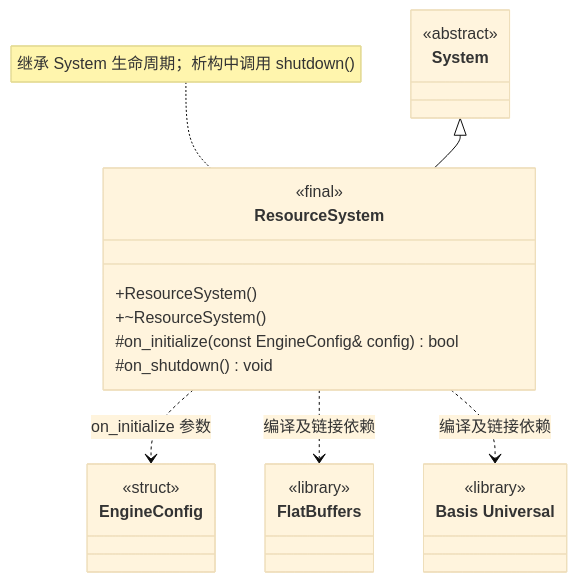
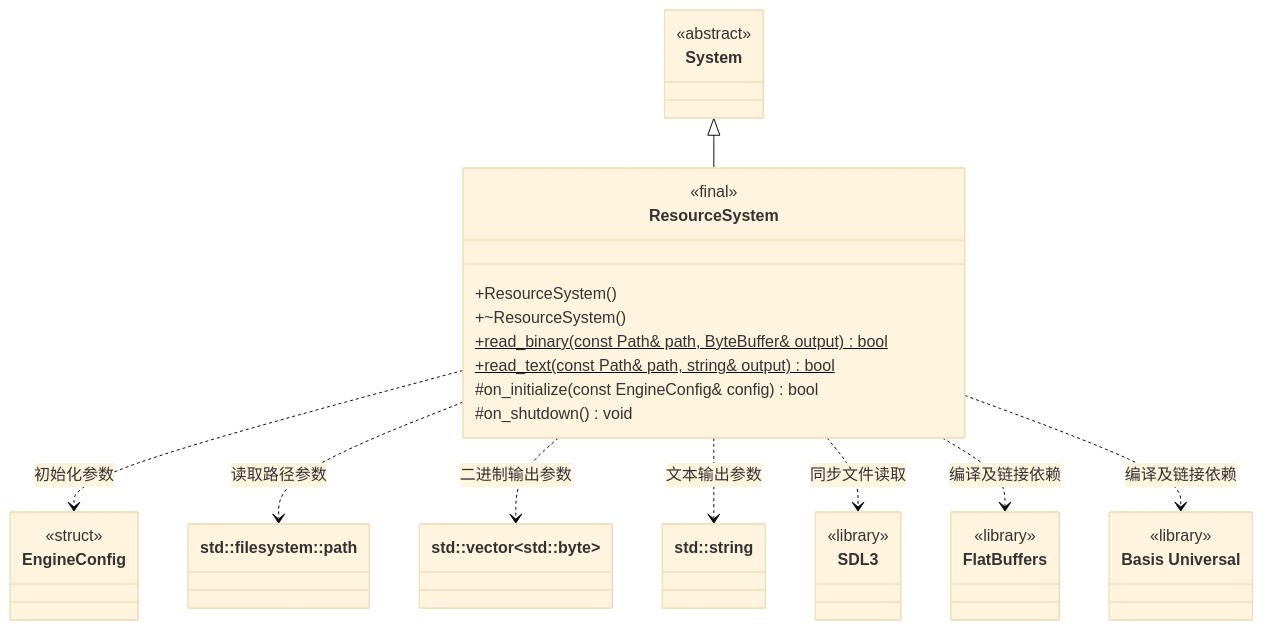
The diagram in docs/class-diagrams/resource-system.md (lcals/Engine), drawn with Mermaid (base theme) before and after one commit. The commit also changed other lines of this file and 53 other files, not shown here.

````diff
--- a/docs/class-diagrams/resource-system.md
+++ b/docs/class-diagrams/resource-system.md
@@ -7,28 +7,39 @@
 ```mermaid
 classDiagram
     direction TB
     class ResourceSystem {
         <<final>>
         +ResourceSystem()
         +~ResourceSystem()
+        +read_binary(const Path& path, ByteBuffer& output) bool$
+        +read_text(const Path& path, string& output) bool$
         #on_initialize(const EngineConfig& config) bool
         #on_shutdown() void
     }
     class System {
         <<abstract>>
     }
     class EngineConfig {
         <<struct>>
     }
-    class FlatBuffers["FlatBuffers"] {
+    class Path["std::filesystem::path"]
+    class ByteBuffer["std::vector&lt;std::byte&gt;"]
+    class String["std::string"]
+    class SDL3 {
+        <<library>>
+    }
+    class FlatBuffers {
         <<library>>
     }
     class BasisUniversal["Basis Universal"] {
         <<library>>
     }
     System <|-- ResourceSystem
-    ResourceSystem ..> EngineConfig : on_initialize 参数
+    ResourceSystem ..> EngineConfig : 初始化参数
+    ResourceSystem ..> Path : 读取路径参数
+    ResourceSystem ..> ByteBuffer : 二进制输出参数
+    ResourceSystem ..> String : 文本输出参数
+    ResourceSystem ..> SDL3 : 同步文件读取
     ResourceSystem ..> FlatBuffers : 编译及链接依赖
     ResourceSystem ..> BasisUniversal : 编译及链接依赖
-    note for ResourceSystem "继承 System 生命周期；析构中调用 shutdown()"
 ```
````
